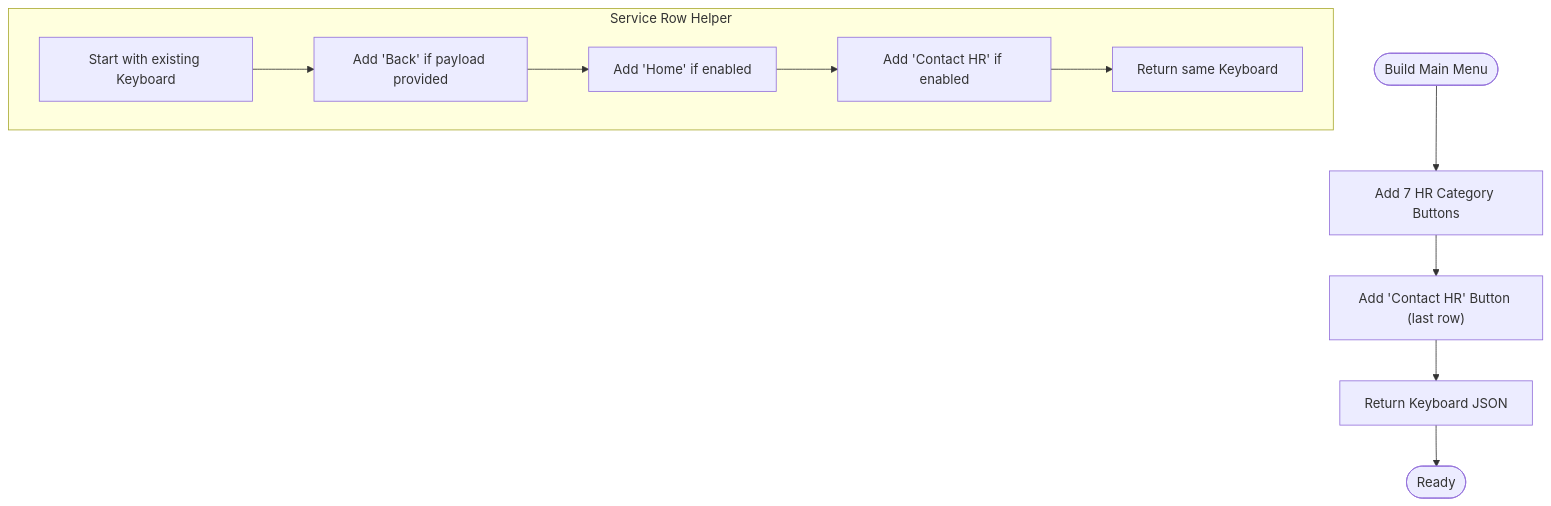
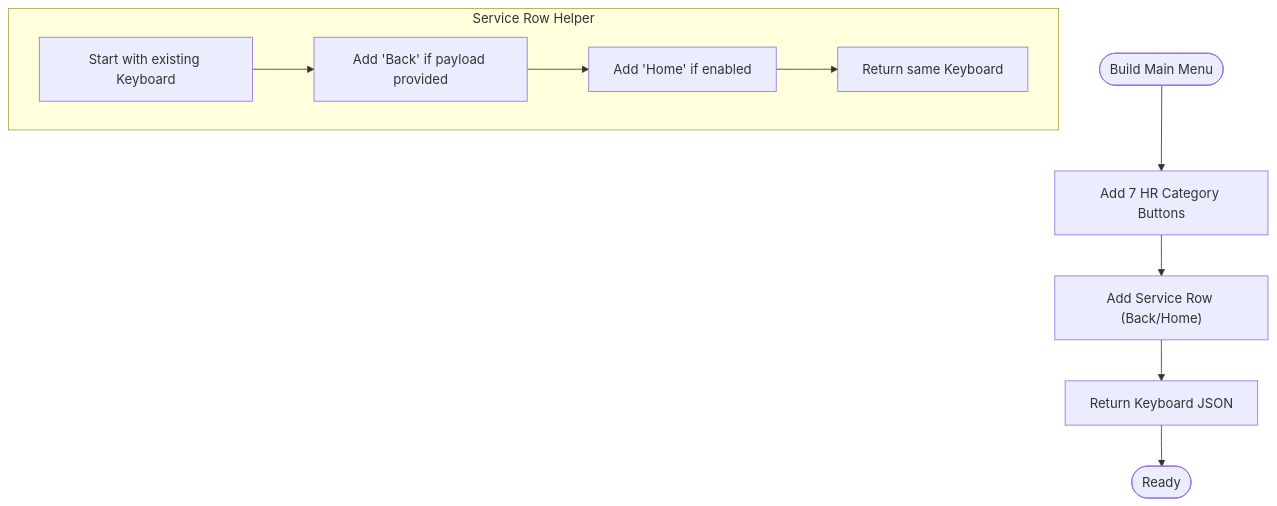
One commit to ognelis/cafetera_hr_bot changed the third of 6 diagrams in .qoder/repowiki/en/content/Main Menu and Navigation.md. Above: the diagram before and after it, drawn with Mermaid. The commit also changed other lines of this file and 14 other files, not shown here.

````diff
--- a/.qoder/repowiki/en/content/Main Menu and Navigation.md
+++ b/.qoder/repowiki/en/content/Main Menu and Navigation.md
@@ -139,15 +146,14 @@
 ```mermaid
 flowchart TD
 Start(["Build Main Menu"]) --> AddSections["Add 7 HR Category Buttons"]
-AddSections --> AddContactHR["Add 'Contact HR' Button (last row)"]
-AddContactHR --> BuildKB["Return Keyboard JSON"]
+AddSections --> AddServiceRow["Add Service Row (Back/Home)"]
+AddServiceRow --> BuildKB["Return Keyboard JSON"]
 BuildKB --> End(["Ready"])
 subgraph "Service Row Helper"
 SR_Start["Start with existing Keyboard"]
 SR_AddBack["Add 'Back' if payload provided"]
 SR_AddHome["Add 'Home' if enabled"]
-SR_AddHR["Add 'Contact HR' if enabled"]
 SR_Return["Return same Keyboard"]
 end
-SR_Start --> SR_AddBack --> SR_AddHome --> SR_AddHR --> SR_Return
+SR_Start --> SR_AddBack --> SR_AddHome --> SR_Return
 ```
````
